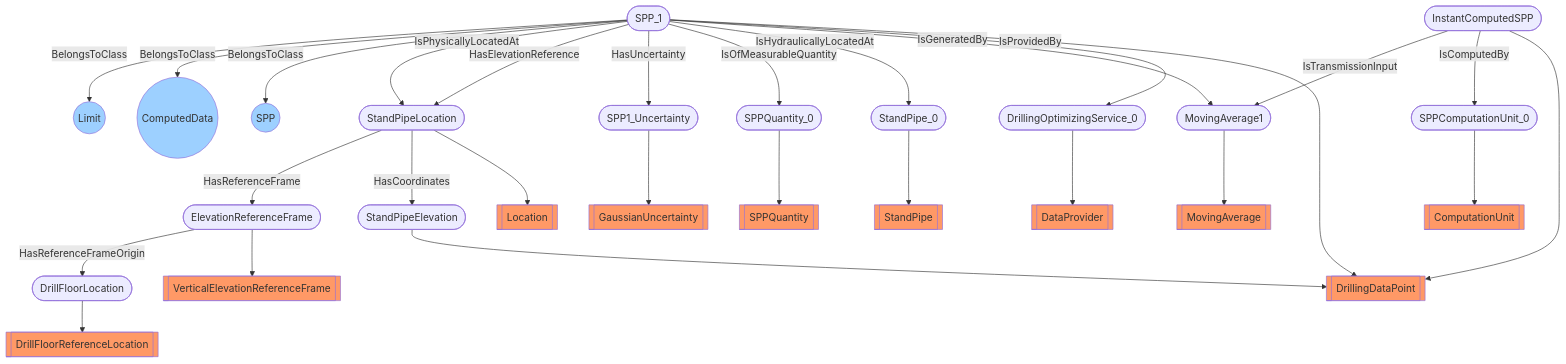
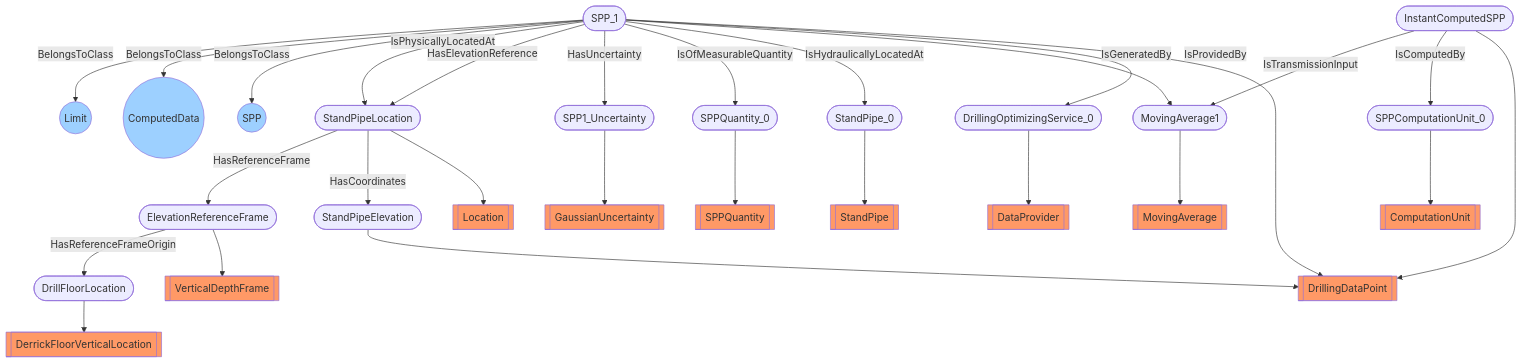
The diagram in docs/vocabulary_development/auto-generated/md/examples/DWIS-SPP1.md (D-WIS/DDHub-Semantic-Interoperability), drawn with Mermaid before and after one commit. The commit also changed other lines of this file and 13 other files, not shown here.

````diff
--- a/docs/vocabulary_development/auto-generated/md/examples/DWIS-SPP1.md
+++ b/docs/vocabulary_development/auto-generated/md/examples/DWIS-SPP1.md
@@ -29,32 +29,32 @@
 ```mermaid
 flowchart TD
 	 classDef typeClass fill:#f96;
 	 classDef classClass fill:#9dd0ff;
 	StandPipe_0([StandPipe_0]) --> StandPipe[[StandPipe]]:::typeClass
 	SPPQuantity_0([SPPQuantity_0]) --> SPPQuantity[[SPPQuantity]]:::typeClass
 	StandPipeLocation([StandPipeLocation]) --> Location[[Location]]:::typeClass
-	DrillFloorLocation([DrillFloorLocation]) --> DrillFloorReferenceLocation[[DrillFloorReferenceLocation]]:::typeClass
+	DrillFloorLocation([DrillFloorLocation]) --> DerrickFloorVerticalLocation[[DerrickFloorVerticalLocation]]:::typeClass
 	StandPipeElevation([StandPipeElevation]) --> DrillingDataPoint[[DrillingDataPoint]]:::typeClass
-	ElevationReferenceFrame([ElevationReferenceFrame]) --> VerticalElevationReferenceFrame[[VerticalElevationReferenceFrame]]:::typeClass
+	ElevationReferenceFrame([ElevationReferenceFrame]) --> VerticalDepthFrame[[VerticalDepthFrame]]:::typeClass
 	SPP_1([SPP_1]) --> DrillingDataPoint[[DrillingDataPoint]]:::typeClass
 	DrillingOptimizingService_0([DrillingOptimizingService_0]) --> DataProvider[[DataProvider]]:::typeClass
 	MovingAverage1([MovingAverage1]) --> MovingAverage[[MovingAverage]]:::typeClass
 	SPP1_Uncertainty([SPP1_Uncertainty]) --> GaussianUncertainty[[GaussianUncertainty]]:::typeClass
 	SPPComputationUnit_0([SPPComputationUnit_0]) --> ComputationUnit[[ComputationUnit]]:::typeClass
 	InstantComputedSPP([InstantComputedSPP]) --> DrillingDataPoint[[DrillingDataPoint]]:::typeClass
 	 StandPipeLocation -- HasCoordinates --> StandPipeElevation 
 	 StandPipeLocation -- HasReferenceFrame --> ElevationReferenceFrame 
 	 ElevationReferenceFrame -- HasReferenceFrameOrigin --> DrillFloorLocation 
 	 SPP_1 -- IsProvidedBy --> DrillingOptimizingService_0 
 	 SPP_1 -- IsGeneratedBy --> MovingAverage1 
 	 SPP_1 -- IsHydraulicallyLocatedAt --> StandPipe_0 
 	 SPP_1 -- IsOfMeasurableQuantity --> SPPQuantity_0 
 	 SPP_1 -- HasUncertainty --> SPP1_Uncertainty 
 	 SPP_1 -- HasElevationReference --> StandPipeLocation 
 	 SPP_1 -- IsPhysicallyLocatedAt --> StandPipeLocation 
 	 InstantComputedSPP -- IsComputedBy --> SPPComputationUnit_0 
 	 InstantComputedSPP -- IsTransmissionInput --> MovingAverage1 
 	 SPP_1 -- BelongsToClass --> SPP((SPP)):::classClass
 	 SPP_1 -- BelongsToClass --> ComputedData((ComputedData)):::classClass
 	 SPP_1 -- BelongsToClass --> Limit((Limit)):::classClass
 ```
````
